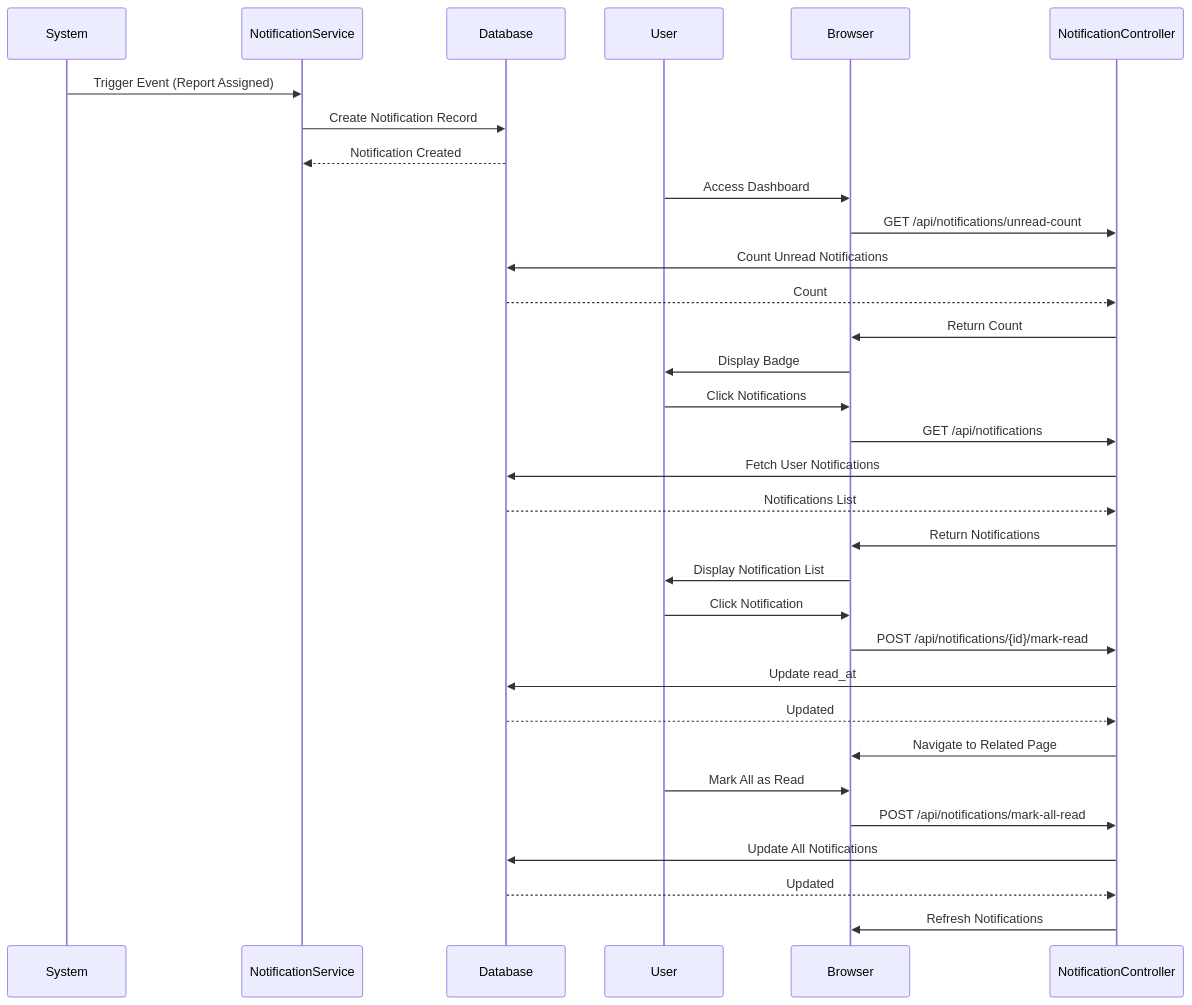
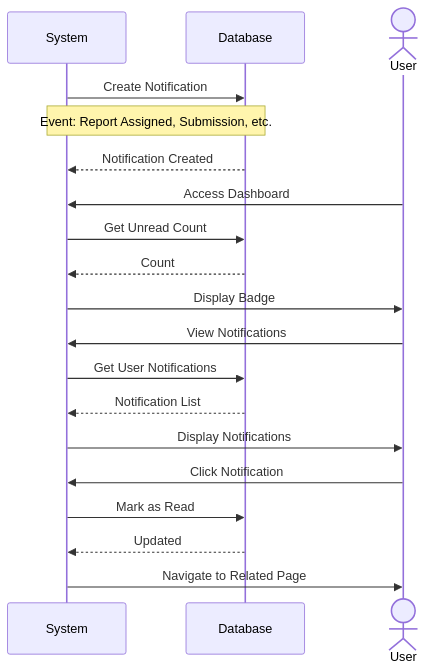
One commit to abdullah2323442/thesisrepo-backup changed diagram 13 of 19 in documentation/sequence-diagrams.md. Above: the diagram before and after it, drawn with Mermaid. The commit also changed other lines of this file, not shown here.

Commit message:
Implement feature X to enhance user experience and fix bug Y in module Z

````diff
--- a/documentation/sequence-diagrams.md
+++ b/documentation/sequence-diagrams.md
@@ -702,39 +402,25 @@
 ```mermaid
 sequenceDiagram
     participant System
-    participant NotificationService
     participant Database
-    participant User
-    participant Browser
-    participant NotificationController
+    actor User
 
-    System->>NotificationService: Trigger Event (Report Assigned)
-    NotificationService->>Database: Create Notification Record
-    Database-->>NotificationService: Notification Created
+    System->>Database: Create Notification
+    Note over System,Database: Event: Report Assigned, Submission, etc.
+    Database-->>System: Notification Created
     
-    User->>Browser: Access Dashboard
-    Browser->>NotificationController: GET /api/notifications/unread-count
-    NotificationController->>Database: Count Unread Notifications
-    Database-->>NotificationController: Count
-    NotificationController->>Browser: Return Count
-    Browser->>User: Display Badge
+    User->>System: Access Dashboard
+    System->>Database: Get Unread Count
+    Database-->>System: Count
+    System->>User: Display Badge
     
-    User->>Browser: Click Notifications
-    Browser->>NotificationController: GET /api/notifications
-    NotificationController->>Database: Fetch User Notifications
-    Database-->>NotificationController: Notifications List
-    NotificationController->>Browser: Return Notifications
-    Browser->>User: Display Notification List
+    User->>System: View Notifications
+    System->>Database: Get User Notifications
+    Database-->>System: Notification List
+    System->>User: Display Notifications
     
-    User->>Browser: Click Notification
-    Browser->>NotificationController: POST /api/notifications/{id}/mark-read
-    NotificationController->>Database: Update read_at
-    Database-->>NotificationController: Updated
-    NotificationController->>Browser: Navigate to Related Page
-    
-    User->>Browser: Mark All as Read
-    Browser->>NotificationController: POST /api/notifications/mark-all-read
-    NotificationController->>Database: Update All Notifications
-    Database-->>NotificationController: Updated
-    NotificationController->>Browser: Refresh Notifications
+    User->>System: Click Notification
+    System->>Database: Mark as Read
+    Database-->>System: Updated
+    System->>User: Navigate to Related Page
 ```
````
